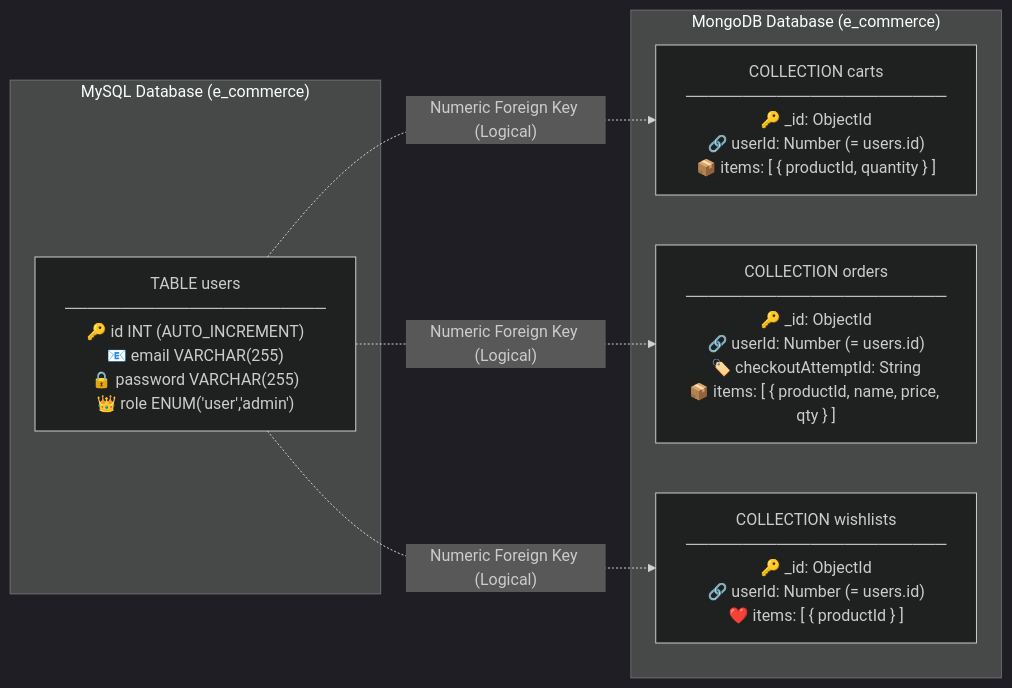
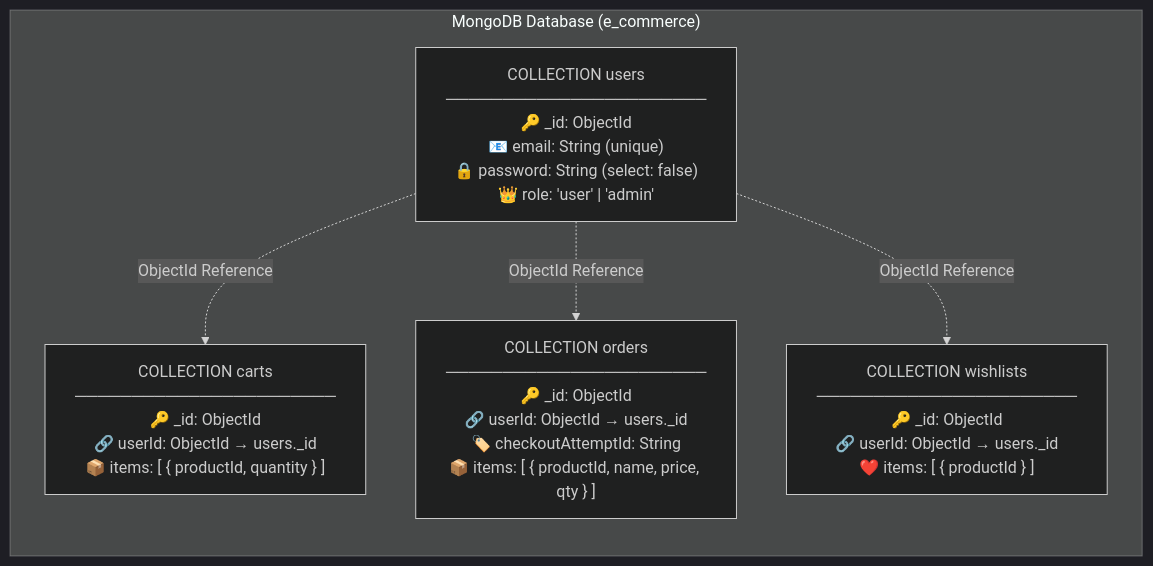
Before and after one commit to Akash0086/E_Commerce: the tenth of 13 diagrams in ARCHITECTURE.md, drawn with Mermaid (dark theme). The commit also changed other lines of this file and 2 other files, not shown here.

Commit message:
Update the Architecture,System design and API_reference files

````diff
--- a/ARCHITECTURE.md
+++ b/ARCHITECTURE.md
@@ -391,18 +392,16 @@
 ```mermaid
 graph LR
-    subgraph MySQLStore ["MySQL Database (e_commerce)"]
-        UsersTable["TABLE users<br/>───────────────────────<br/>🔑 id INT (AUTO_INCREMENT)<br/>📧 email VARCHAR(255)<br/>🔒 password VARCHAR(255)<br/>👑 role ENUM('user','admin')"]
+    subgraph MongoStore ["MongoDB Database (e_commerce)"]
+        UsersCollection["COLLECTION users<br/>───────────────────────<br/>🔑 _id: ObjectId<br/>📧 email: String (unique)<br/>🔒 password: String (select: false)<br/>👑 role: 'user' | 'admin'"]
+
+        CartsCollection["COLLECTION carts<br/>───────────────────────<br/>🔑 _id: ObjectId<br/>🔗 userId: ObjectId → users._id<br/>📦 items: [ { productId, quantity } ]"]
+
+        OrdersCollection["COLLECTION orders<br/>───────────────────────<br/>🔑 _id: ObjectId<br/>🔗 userId: ObjectId → users._id<br/>🏷️ checkoutAttemptId: String<br/>📦 items: [ { productId, name, price, qty } ]"]
+
+        WishlistCollection["COLLECTION wishlists<br/>───────────────────────<br/>🔑 _id: ObjectId<br/>🔗 userId: ObjectId → users._id<br/>❤️ items: [ { productId } ]"]
     end
 
-    subgraph MongoStore ["MongoDB Database (e_commerce)"]
-        CartsCollection["COLLECTION carts<br/>───────────────────────<br/>🔑 _id: ObjectId<br/>🔗 userId: Number (= users.id)<br/>📦 items: [ { productId, quantity } ]"]
-
-        OrdersCollection["COLLECTION orders<br/>───────────────────────<br/>🔑 _id: ObjectId<br/>🔗 userId: Number (= users.id)<br/>🏷️ checkoutAttemptId: String<br/>📦 items: [ { productId, name, price, qty } ]"]
-
-        WishlistCollection["COLLECTION wishlists<br/>───────────────────────<br/>🔑 _id: ObjectId<br/>🔗 userId: Number (= users.id)<br/>❤️ items: [ { productId } ]"]
-    end
-
-    UsersTable -.->|"Numeric Foreign Key (Logical)"| CartsCollection
-    UsersTable -.->|"Numeric Foreign Key (Logical)"| OrdersCollection
-    UsersTable -.->|"Numeric Foreign Key (Logical)"| WishlistCollection
+    UsersCollection -.->|"ObjectId Reference"| CartsCollection
+    UsersCollection -.->|"ObjectId Reference"| OrdersCollection
+    UsersCollection -.->|"ObjectId Reference"| WishlistCollection
 ```
````
